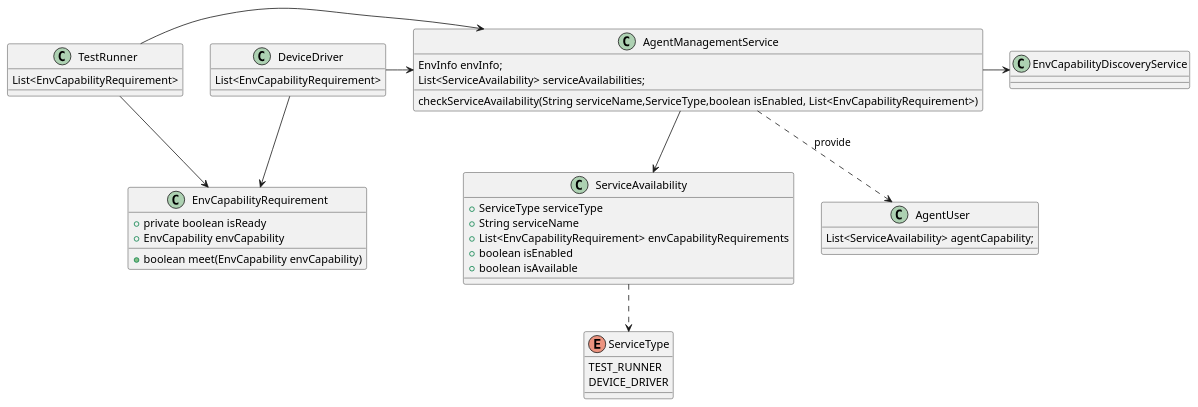
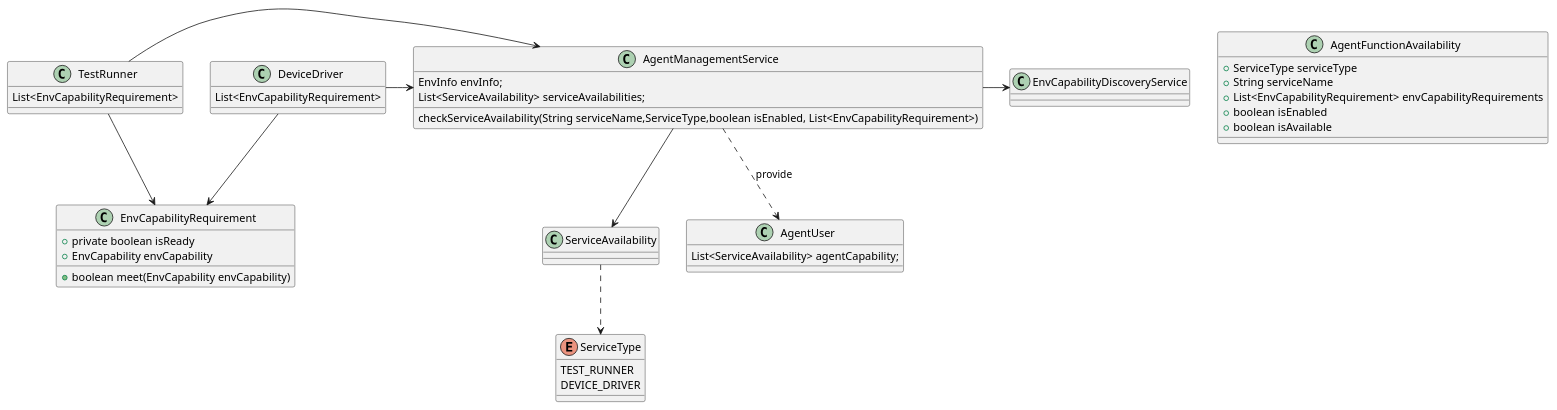
The third of 4 diagrams in agent/doc/UML/agent_device_management_design.puml (microsoft/HydraLab), drawn with PlantUML before and after one commit.

```diff
--- a/agent/doc/UML/agent_device_management_design.puml
+++ b/agent/doc/UML/agent_device_management_design.puml
@@ -159,43 +159,43 @@
 @startuml agent_capability_design
 
 class AgentManagementService {
     EnvInfo envInfo;
     List<ServiceAvailability> serviceAvailabilities;
     checkServiceAvailability(String serviceName,ServiceType,boolean isEnabled, List<EnvCapabilityRequirement>)
 }
 AgentManagementService -r-> EnvCapabilityDiscoveryService
 class TestRunner{
     List<EnvCapabilityRequirement>
 }
 class DeviceDriver{
     List<EnvCapabilityRequirement>
 }
 
 TestRunner -r-> AgentManagementService
 DeviceDriver -r-> AgentManagementService
 TestRunner --> EnvCapabilityRequirement
 DeviceDriver --> EnvCapabilityRequirement
 
 class EnvCapabilityRequirement{
     +private boolean isReady
     +EnvCapability envCapability
     +boolean meet(EnvCapability envCapability)
 }
 enum ServiceType{
     TEST_RUNNER
     DEVICE_DRIVER
 }
-class ServiceAvailability{
+class AgentFunctionAvailability{
     +ServiceType serviceType
     +String serviceName
     +List<EnvCapabilityRequirement> envCapabilityRequirements
     +boolean isEnabled
     +boolean isAvailable
 }
 AgentManagementService -->ServiceAvailability
 ServiceAvailability ..> ServiceType
 class AgentUser{
     List<ServiceAvailability> agentCapability;
 }
 AgentManagementService ..> AgentUser : provide
 @enduml
```
